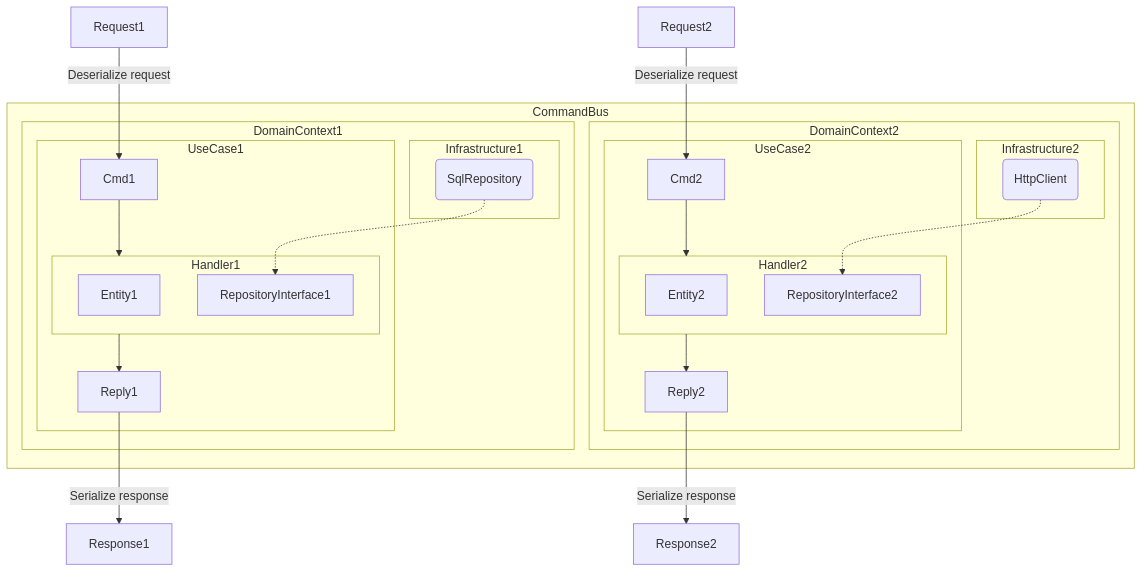
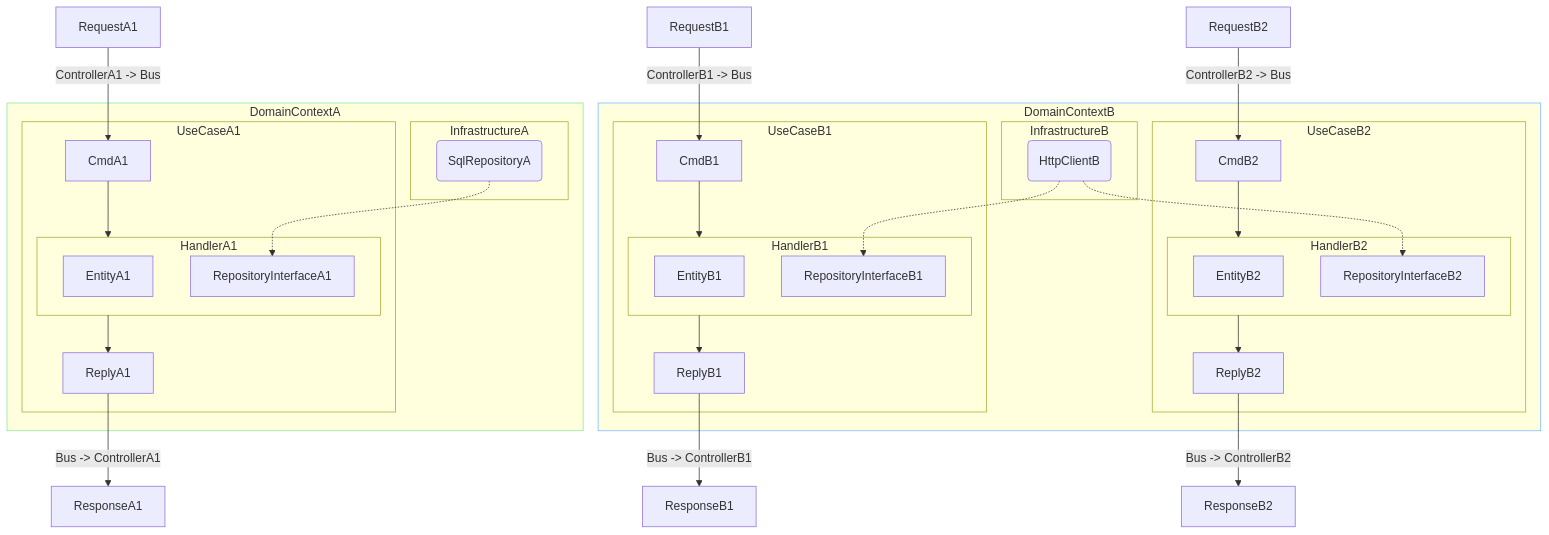
One commit to srgiz/md changed the second of 2 diagrams in README.md. Above: the diagram before and after it, drawn with Mermaid. The commit also changed other lines of this file, not shown here.

Commit message:
upd flowchart

````diff
--- a/README.md
+++ b/README.md
@@ -19,49 +24,62 @@
 ```mermaid
 flowchart TD
-    subgraph UseCase1
-        Cmd1 --> Handler1 --> Reply1
+    subgraph UseCaseA1
+        CmdA1 --> HandlerA1 --> ReplyA1
     end
 
-    subgraph Handler1
-        Entity1
-        RepositoryInterface1
-    end
-    
-    subgraph DomainContext1
-        UseCase1
-        Infrastructure1
+    subgraph HandlerA1
+        EntityA1
+        RepositoryInterfaceA1
     end
 
-    subgraph Infrastructure1
-        Repository1(SqlRepository) -.-> RepositoryInterface1
+    classDef bgA stroke:#85E89D
+    DomainContextA:::bgA
+    subgraph DomainContextA
+        UseCaseA1
+        InfrastructureA
     end
 
-    subgraph UseCase2
-        Cmd2 --> Handler2 --> Reply2
+    subgraph InfrastructureA
+        RepositoryA1(SqlRepositoryA) -.-> RepositoryInterfaceA1
     end
 
-    subgraph Handler2
-        Entity2
-        RepositoryInterface2
+    subgraph UseCaseB1
+        CmdB1 --> HandlerB1 --> ReplyB1
     end
 
-    subgraph DomainContext2
-        UseCase2
-        Infrastructure2
+    subgraph HandlerB1
+        EntityB1
+        RepositoryInterfaceB1
     end
 
-    subgraph Infrastructure2
-        Repository2(HttpClient) -.-> RepositoryInterface2
+    classDef bgB stroke:#79B8FF
+    DomainContextB:::bgB
+    subgraph DomainContextB
+        UseCaseB1
+        InfrastructureB
+        UseCaseB2
     end
 
-    subgraph CommandBus
-        DomainContext1
-        DomainContext2
+    subgraph UseCaseB2
+        CmdB2 --> HandlerB2 --> ReplyB2
     end
 
-    Request1 -- Deserialize request  --> Cmd1
-    Reply1 -- Serialize response --> Response1
+    subgraph HandlerB2
+        EntityB2
+        RepositoryInterfaceB2
+    end
 
-    Request2 -- Deserialize request  --> Cmd2
-    Reply2 -- Serialize response --> Response2
+    subgraph InfrastructureB
+        RepositoryB1(HttpClientB) -.-> RepositoryInterfaceB1
+        RepositoryB1 -.-> RepositoryInterfaceB2
+    end
+
+    RequestA1 -- "ControllerA1 -> Bus" --> CmdA1
+    ReplyA1 -- "Bus -> ControllerA1" --> ResponseA1
+
+    RequestB1 -- "ControllerB1 -> Bus"  --> CmdB1
+    ReplyB1 -- "Bus -> ControllerB1" --> ResponseB1
+
+    RequestB2 -- "ControllerB2 -> Bus"  --> CmdB2
+    ReplyB2 -- "Bus -> ControllerB2" --> ResponseB2
 ```
````
